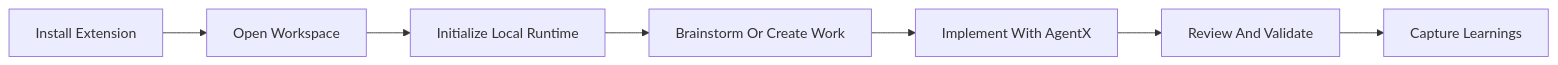
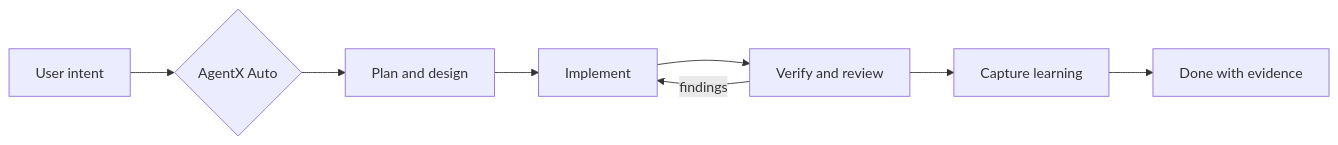
One commit to jnPiyush/AgentX changed the diagram in README.md. Above: the diagram before and after it, drawn with Mermaid. The commit also changed other lines of this file and 134 other files, not shown here.

````diff
--- a/README.md
+++ b/README.md
@@ -252,9 +35,10 @@
 ```mermaid
 flowchart LR
-    I[Install Extension] --> W[Open Workspace]
-    W --> R[Initialize Local Runtime]
-    R --> B[Brainstorm Or Create Work]
-    B --> E[Implement With AgentX]
-    E --> V[Review And Validate]
-    V --> C[Capture Learnings]
+    Intent[User intent] --> Route{AgentX Auto}
+    Route --> Plan[Plan and design]
+    Plan --> Build[Implement]
+    Build --> Verify[Verify and review]
+    Verify -->|findings| Build
+    Verify --> Capture[Capture learning]
+    Capture --> Done[Done with evidence]
 ```
````
